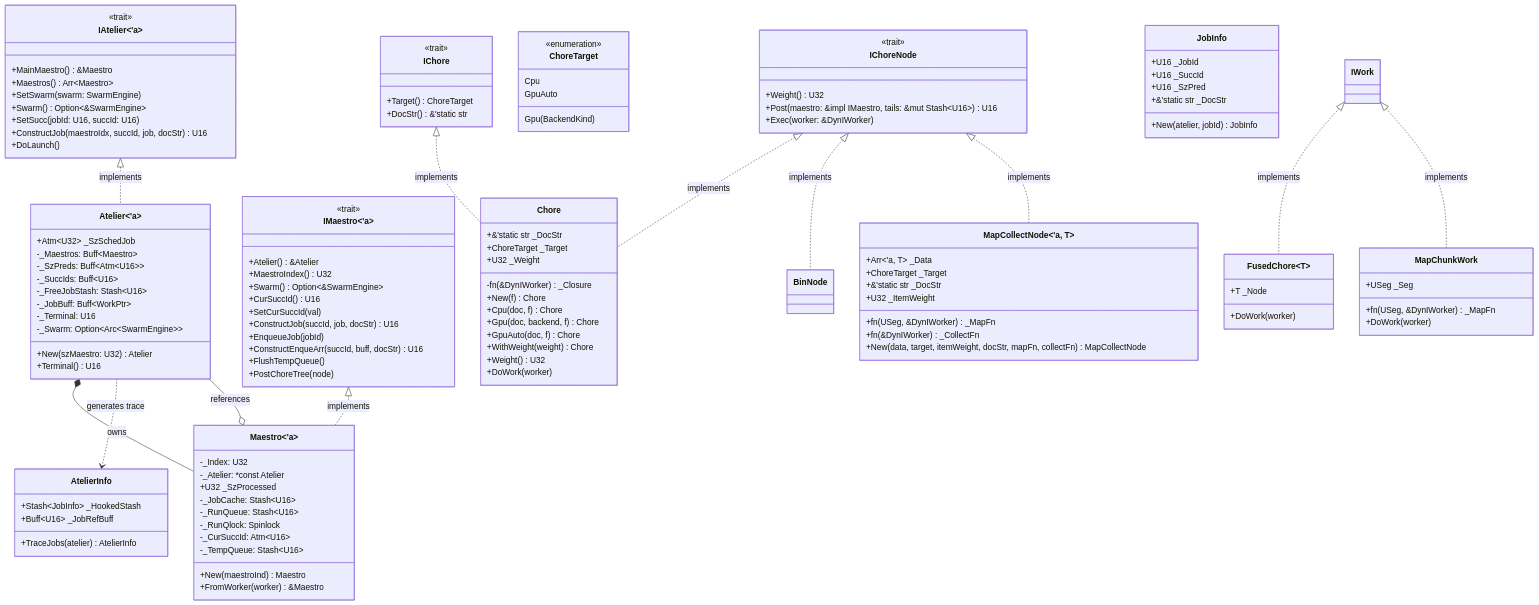
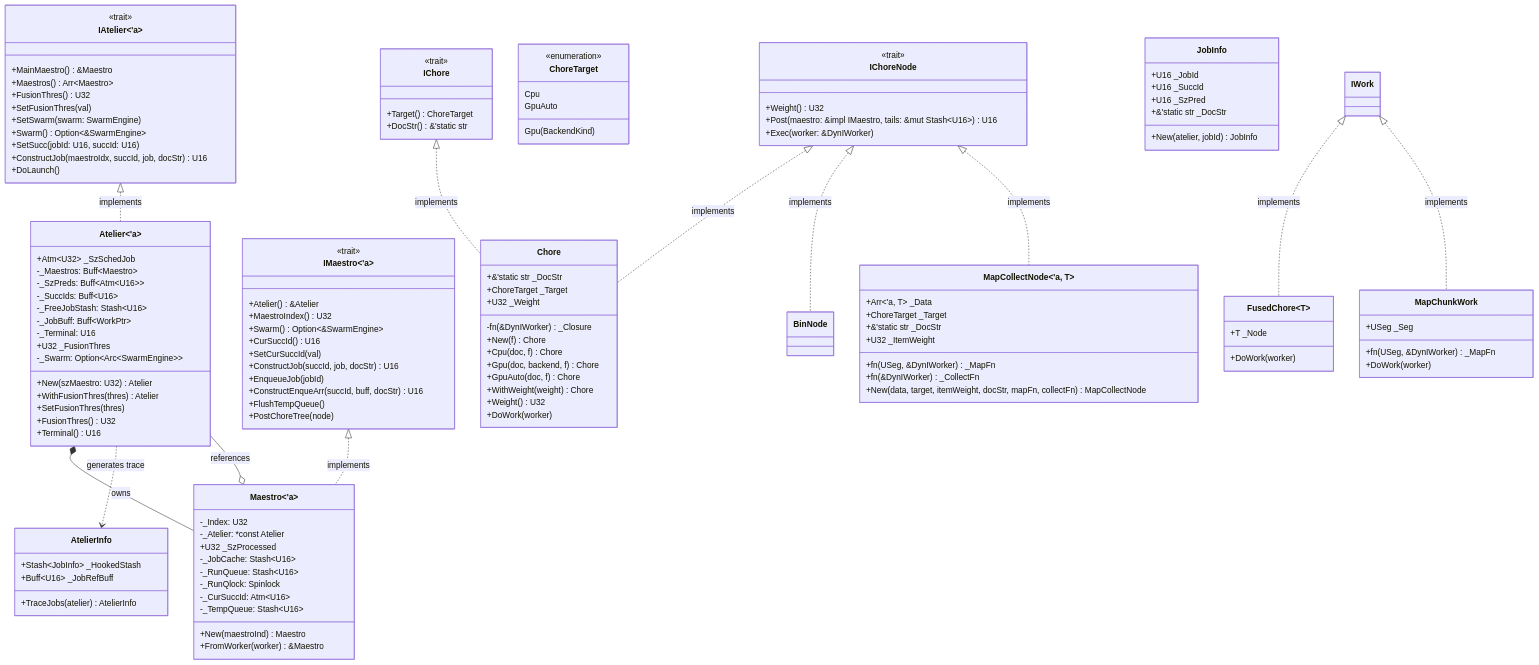
One commit to jswarup/Kosh changed the first of 3 diagrams in wiki/Heist.md. Above: the diagram before and after it, drawn with Mermaid. The commit also changed other lines of this file and 5 other files, not shown here.

First line of the commit message:
feat(heist): make _FusionThres a runtime configurable parameter of Atelier with default of 2

```diff
--- a/wiki/Heist.md
+++ b/wiki/Heist.md
@@ -20,6 +20,8 @@
         <<trait>>
         +MainMaestro() &Maestro
         +Maestros() Arr~Maestro~
+        +FusionThres() U32
+        +SetFusionThres(val)
         +SetSwarm(swarm: SwarmEngine)
         +Swarm() Option~&SwarmEngine~
         +SetSucc(jobId: U16, succId: U16)
@@ -35,8 +37,12 @@
         -_FreeJobStash: Stash~U16~
         -_JobBuff: Buff~WorkPtr~
         -_Terminal: U16
+        +U32 _FusionThres
         -_Swarm: Option~Arc~SwarmEngine~~
         +New(szMaestro: U32) Atelier
+        +WithFusionThres(thres) Atelier
+        +SetFusionThres(thres)
+        +FusionThres() U32
         +Terminal() U16
     }
 
```
